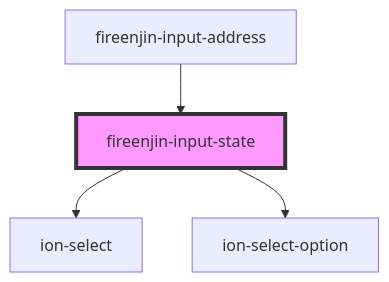
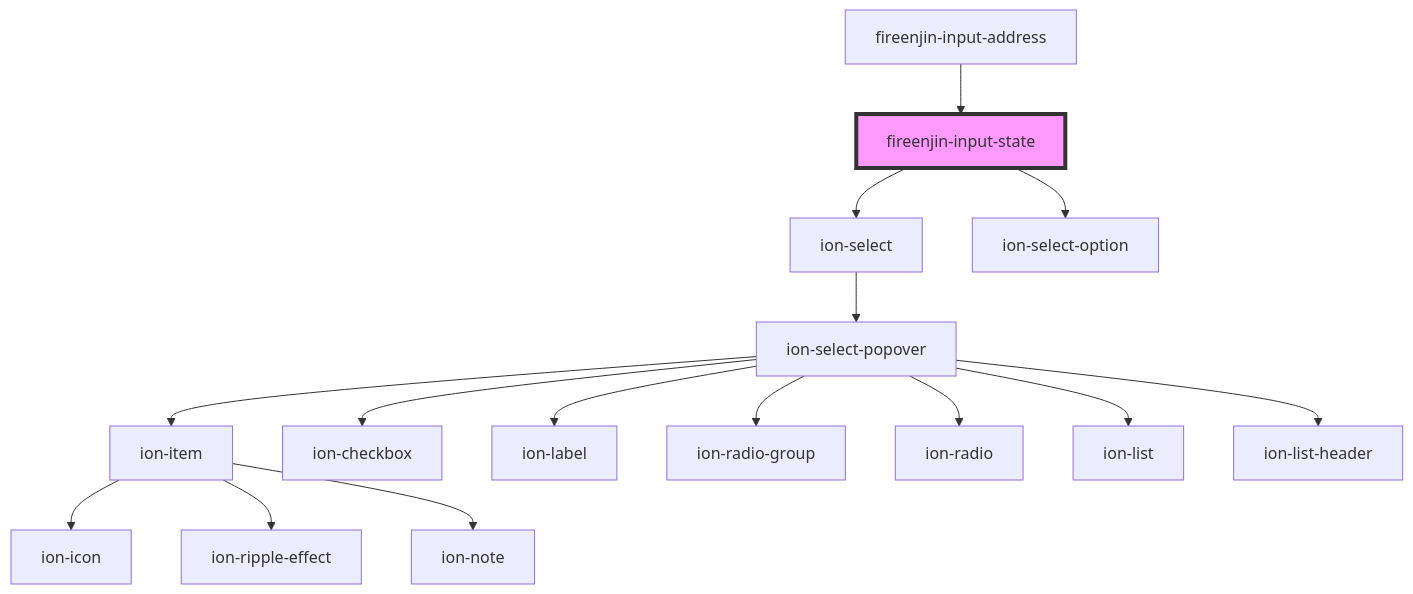
One commit to FireEnjin/Components changed the diagram in src/components/input-state/readme.md. Above: the diagram before and after it, drawn with Mermaid. The commit also changed 17 other files, not shown here.

````diff
--- a/src/components/input-state/readme.md
+++ b/src/components/input-state/readme.md
@@ -27,7 +27,18 @@
 ```mermaid
 graph TD;
   fireenjin-input-state --> ion-select
   fireenjin-input-state --> ion-select-option
+  ion-select --> ion-select-popover
+  ion-select-popover --> ion-item
+  ion-select-popover --> ion-checkbox
+  ion-select-popover --> ion-label
+  ion-select-popover --> ion-radio-group
+  ion-select-popover --> ion-radio
+  ion-select-popover --> ion-list
+  ion-select-popover --> ion-list-header
+  ion-item --> ion-icon
+  ion-item --> ion-ripple-effect
+  ion-item --> ion-note
   fireenjin-input-address --> fireenjin-input-state
   style fireenjin-input-state fill:#f9f,stroke:#333,stroke-width:4px
 ```
````
